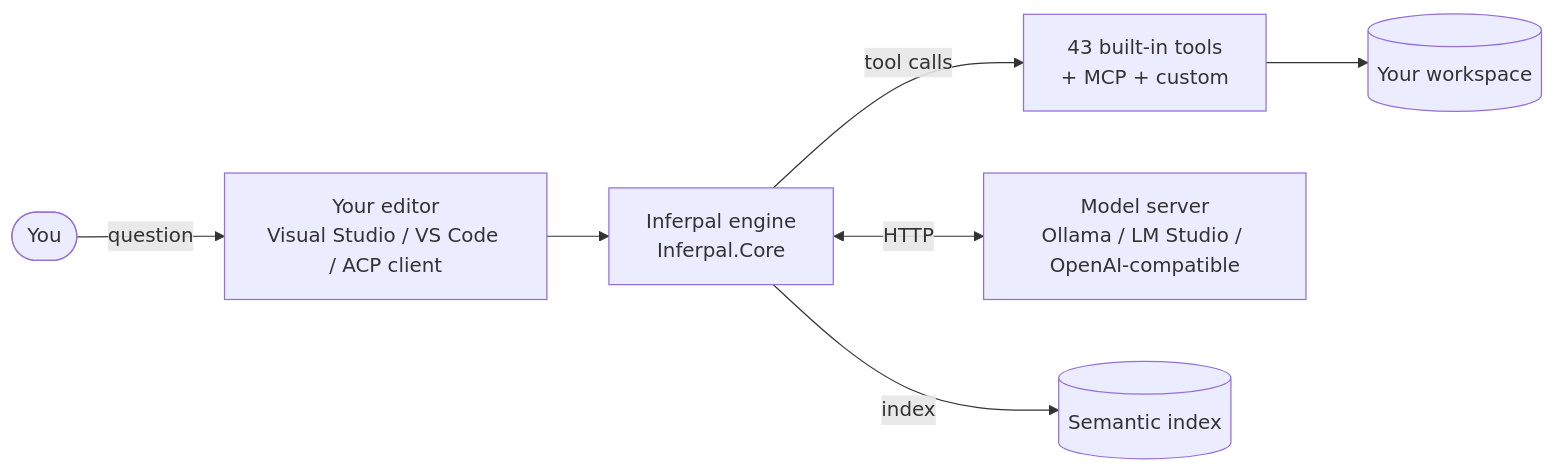
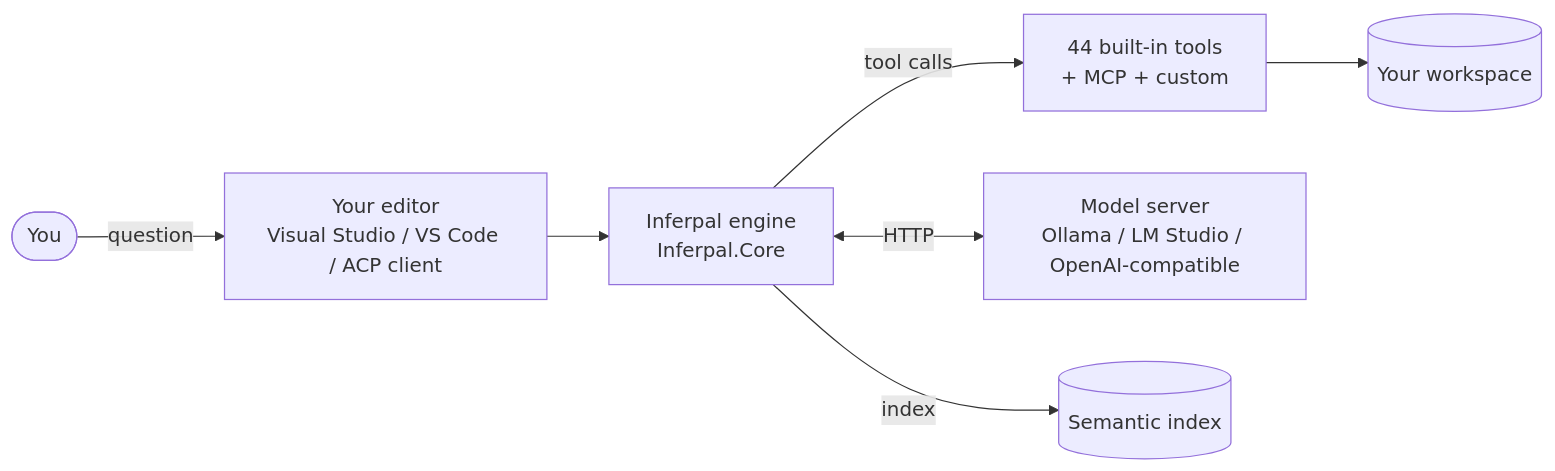
The diagram in docs/README.md (EstaxNet/Inferpal), drawn with Mermaid before and after one commit. The commit also changed other lines of this file and 21 other files, not shown here.

````diff
--- a/docs/README.md
+++ b/docs/README.md
@@ -40,9 +40,9 @@
 ```mermaid
 flowchart LR
     user([You]) -->|question| editor[Your editor<br/>Visual Studio / VS Code / ACP client]
     editor --> chat[Inferpal engine<br/>Inferpal.Core]
-    chat -->|tool calls| tools[43 built-in tools<br/>+ MCP + custom]
+    chat -->|tool calls| tools[44 built-in tools<br/>+ MCP + custom]
     chat <-->|HTTP| provider[Model server<br/>Ollama / LM Studio / OpenAI-compatible]
     tools --> ws[(Your workspace)]
     chat -->|index| rag[(Semantic index)]
 ```
````
